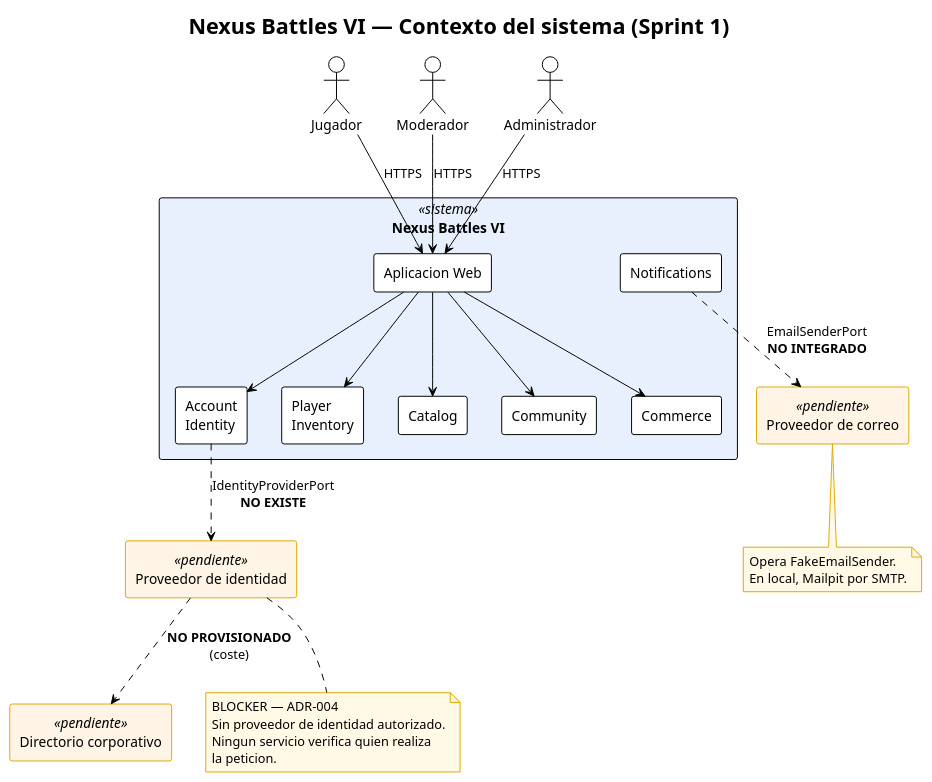
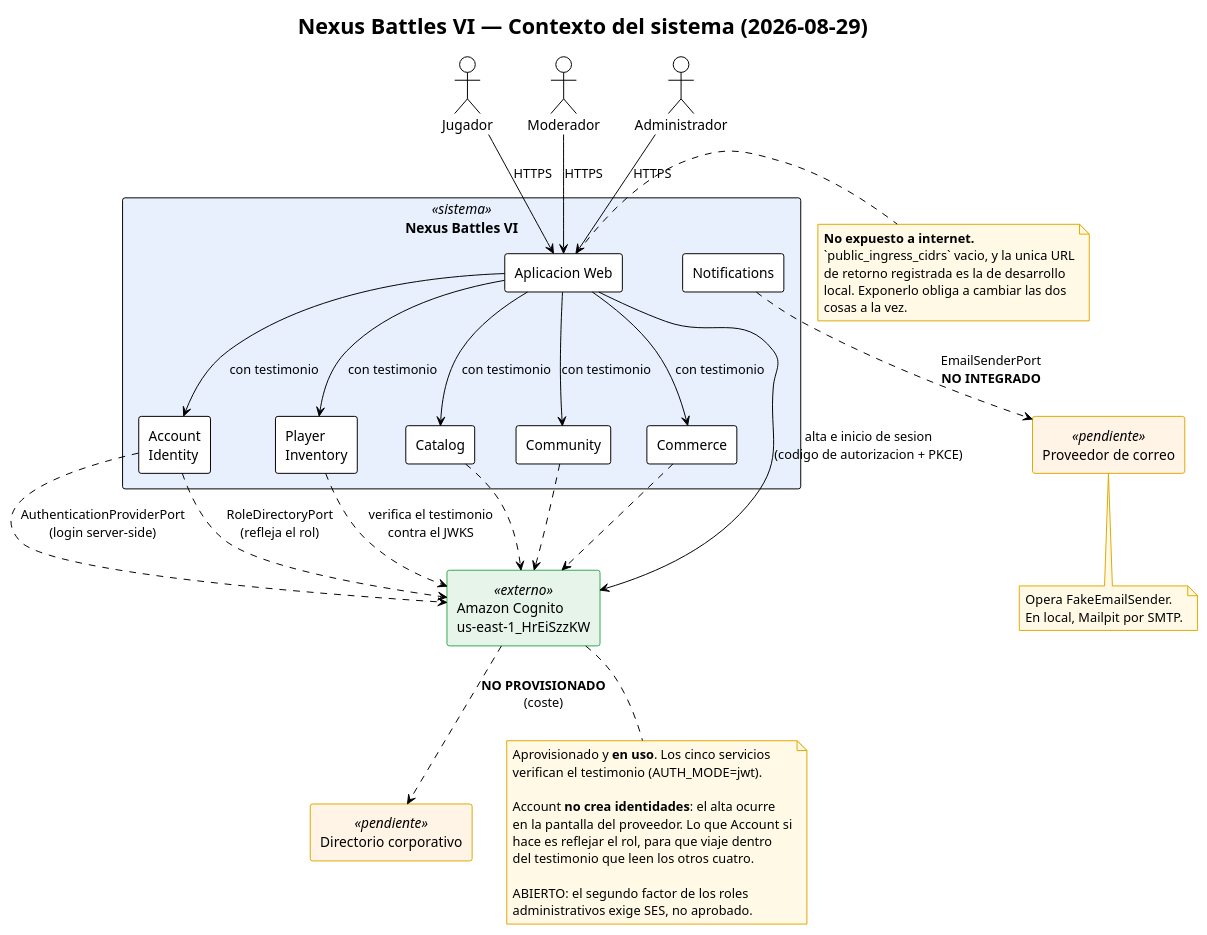
The diagram in docs/diagrams/system-context.puml (Nexus-Battle-VI/Nexus-Battle-Infrastructure), drawn with PlantUML before and after one commit. The commit also changed 7 other files, not shown here.

Commit message:
docs: [ES] la documentacion decia que ningun servicio verifica quien pide (#27)

```diff
--- a/docs/diagrams/system-context.puml
+++ b/docs/diagrams/system-context.puml
@@ -1,60 +1,83 @@
 @startuml system-context
 !theme plain
-title Nexus Battles VI — Contexto del sistema (Sprint 1)
+title Nexus Battles VI — Contexto del sistema (2026-08-29)
 
 skinparam defaultFontName sans-serif
 skinparam rectangle {
   BackgroundColor<<sistema>> #E8F0FE
   BackgroundColor<<pendiente>> #FFF4E5
   BorderColor<<pendiente>> #E0A800
+  BackgroundColor<<externo>> #E6F4EA
+  BorderColor<<externo>> #34A853
 }
 skinparam note {
   BackgroundColor #FFF9E6
   BorderColor #E0A800
 }
 
 actor "Jugador" as jugador
 actor "Moderador" as moderador
 actor "Administrador" as admin
 
 rectangle "Nexus Battles VI" <<sistema>> as sistema {
   rectangle "Aplicacion Web" as web
   rectangle "Account\nIdentity" as account
   rectangle "Player\nInventory" as inventory
   rectangle "Catalog" as catalog
   rectangle "Community" as community
   rectangle "Commerce" as commerce
   rectangle "Notifications" as notifications
 }
 
-rectangle "Proveedor de identidad" <<pendiente>> as idp
+rectangle "Amazon Cognito\nus-east-1_HrEiSzzKW" <<externo>> as idp
 rectangle "Proveedor de correo" <<pendiente>> as mail
 rectangle "Directorio corporativo" <<pendiente>> as ad
 
 jugador --> web : HTTPS
 moderador --> web : HTTPS
 admin --> web : HTTPS
 
-web --> account
-web --> inventory
-web --> catalog
-web --> community
-web --> commerce
+web --> idp : alta e inicio de sesion\n(codigo de autorizacion + PKCE)
+web --> account : con testimonio
+web --> inventory : con testimonio
+web --> catalog : con testimonio
+web --> community : con testimonio
+web --> commerce : con testimonio
 
-account ..> idp : IdentityProviderPort\n**NO EXISTE**
+account ..> idp : AuthenticationProviderPort\n(login server-side)
+account ..> idp : RoleDirectoryPort\n(refleja el rol)
+inventory ..> idp : verifica el testimonio\ncontra el JWKS
+catalog ..> idp
+community ..> idp
+commerce ..> idp
+
 notifications ..> mail : EmailSenderPort\n**NO INTEGRADO**
 idp ..> ad : **NO PROVISIONADO**\n(coste)
 
 note bottom of idp
-  BLOCKER — ADR-004
-  Sin proveedor de identidad autorizado.
-  Ningun servicio verifica quien realiza
-  la peticion.
+  Aprovisionado y **en uso**. Los cinco servicios
+  verifican el testimonio (AUTH_MODE=jwt).
+
+  Account **no crea identidades**: el alta ocurre
+  en la pantalla del proveedor. Lo que Account si
+  hace es reflejar el rol, para que viaje dentro
+  del testimonio que leen los otros cuatro.
+
+  ABIERTO: el segundo factor de los roles
+  administrativos exige SES, no aprobado.
 end note
 
 note bottom of mail
   Opera FakeEmailSender.
   En local, Mailpit por SMTP.
 end note
 
+note right of web
+  **No expuesto a internet.**
+  `public_ingress_cidrs` vacio, y la unica URL
+  de retorno registrada es la de desarrollo
+  local. Exponerlo obliga a cambiar las dos
+  cosas a la vez.
+end note
+
 @enduml
```
